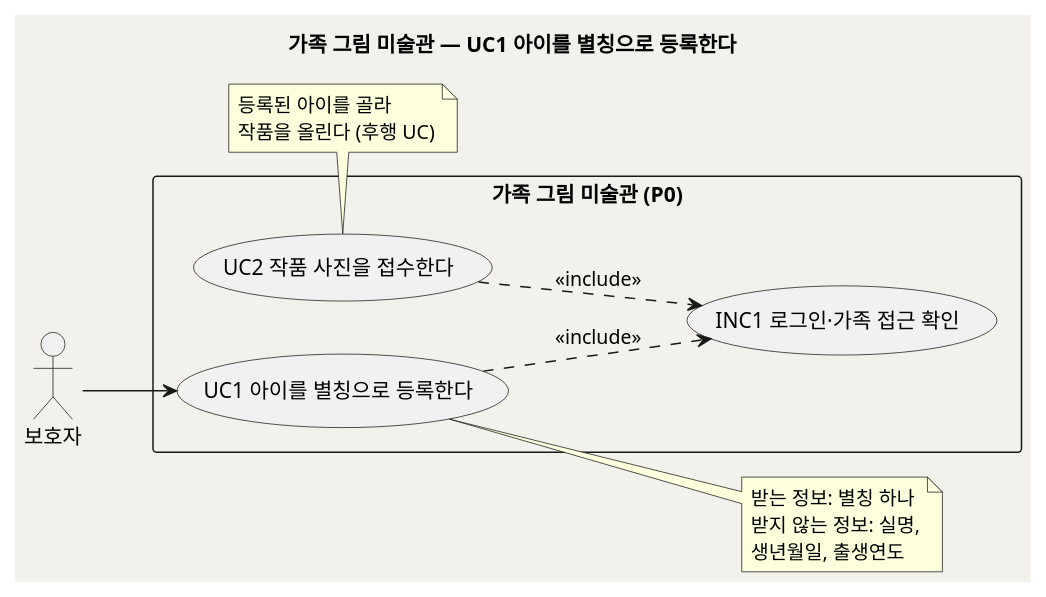
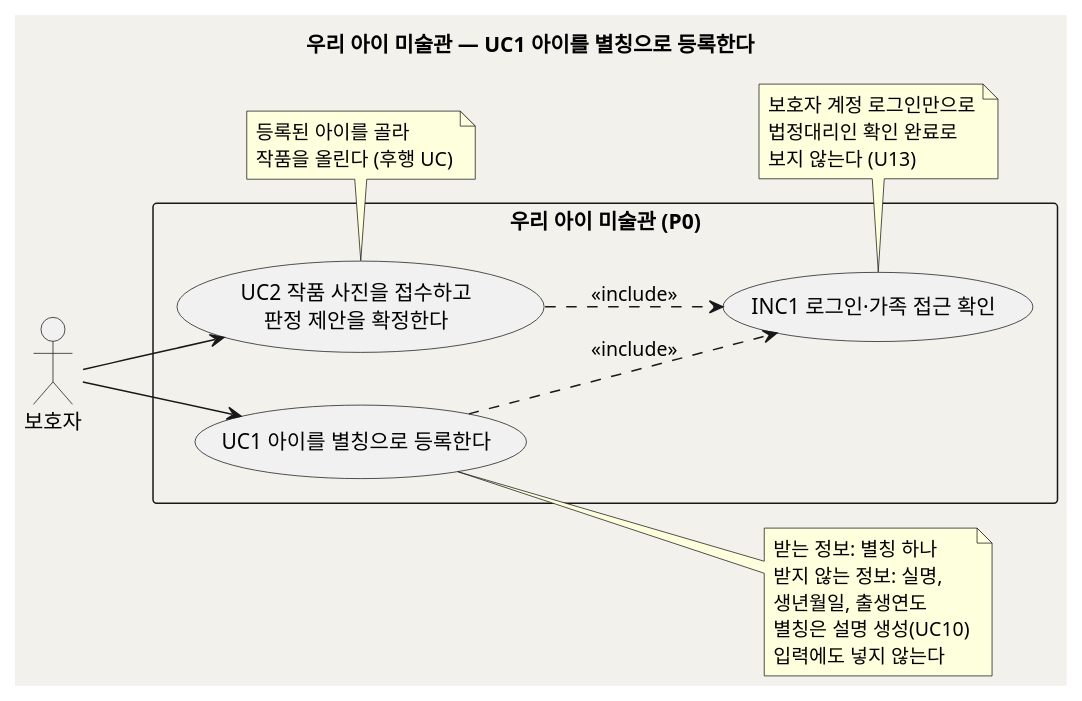
Before and after one commit to kids-gallery/uri-gallery: the first of 2 diagrams in design/UC_01_아이등록.md, drawn with PlantUML. The commit also changed other lines of this file and 23 other files, not shown here.

````diff
--- a/design/UC_01_아이등록.md
+++ b/design/UC_01_아이등록.md
@@ -41,30 +43,38 @@
 ```plantuml
-@startuml uc_family_gallery_01
+@startuml uc_our_child_gallery_01
 skinparam backgroundColor #F3F1EB
 skinparam shadowing false
 left to right direction
-title 가족 그림 미술관 — UC1 아이를 별칭으로 등록한다
+title 우리 아이 미술관 — UC1 아이를 별칭으로 등록한다
 
 actor "보호자" as Parent
 
-rectangle "가족 그림 미술관 (P0)" {
+rectangle "우리 아이 미술관 (P0)" {
   usecase "UC1 아이를 별칭으로 등록한다" as UC1
   usecase "INC1 로그인·가족 접근 확인" as INC1
-  usecase "UC2 작품 사진을 접수한다" as UC2
+  usecase "UC2 작품 사진을 접수하고\n판정 제안을 확정한다" as UC2
 }
 
 Parent --> UC1
+Parent --> UC2
 UC1 ..> INC1 : <<include>>
 UC2 ..> INC1 : <<include>>
 
 note right of UC1
   받는 정보: 별칭 하나
   받지 않는 정보: 실명,
   생년월일, 출생연도
+  별칭은 설명 생성(UC10)
+  입력에도 넣지 않는다
+end note
+note bottom of INC1
+  보호자 계정 로그인만으로
+  법정대리인 확인 완료로
+  보지 않는다 (U13)
 end note
 note bottom of UC2
   등록된 아이를 골라
   작품을 올린다 (후행 UC)
 end note
 @enduml
 ```
````
